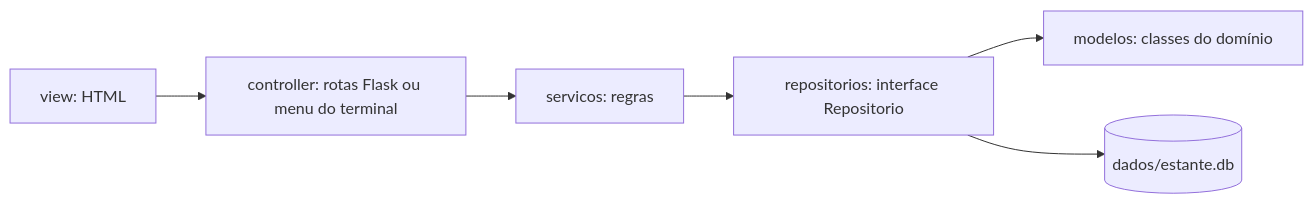
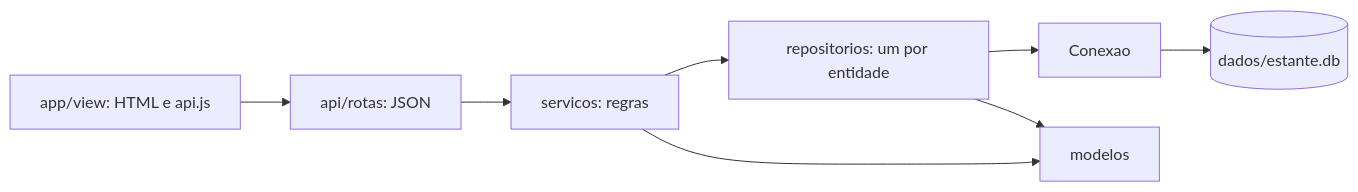
One commit to BiaTrixie/sistema-biblioteca-poo changed the fourth of 4 diagrams in docs/uml/diagrama_de_classes.md. Above: the diagram before and after it, drawn with Mermaid. The commit also changed other lines of this file and 2 other files, not shown here.

````diff
--- a/docs/uml/diagrama_de_classes.md
+++ b/docs/uml/diagrama_de_classes.md
@@ -164,8 +165,10 @@
 ```mermaid
 flowchart LR
-    V[view: HTML] --> C[controller: rotas Flask ou menu do terminal]
-    C --> S[servicos: regras]
-    S --> R[repositorios: interface Repositorio]
-    R --> M[modelos: classes do domínio]
-    R --> B[(dados/estante.db)]
+    V[app/view: HTML e api.js] --> A[api/rotas: JSON]
+    A --> S[servicos: regras]
+    S --> R[repositorios: um por entidade]
+    R --> C[Conexao]
+    C --> B[(dados/estante.db)]
+    R --> M[modelos]
+    S --> M
 ```
````
